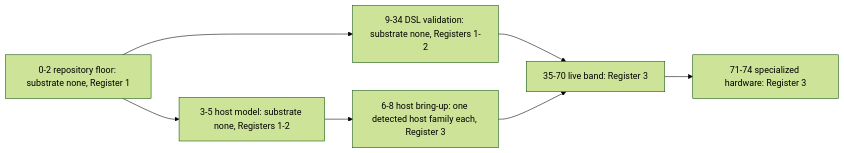
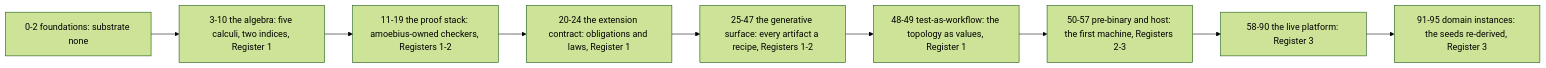
One commit to Tuee22/amoebius changed the diagram in DEVELOPMENT_PLAN/development_plan_phase_model.md. Above: the diagram before and after it, drawn with Mermaid (forest theme). The commit also changed other lines of this file and 345 other files, not shown here.

````diff
--- a/DEVELOPMENT_PLAN/development_plan_phase_model.md
+++ b/DEVELOPMENT_PLAN/development_plan_phase_model.md
@@ -117,10 +132,12 @@
 ```mermaid
 flowchart LR
 %% register: orientation
-  floor["0-2 repository floor: substrate none, Register 1"] --> model["3-5 host model: substrate none, Registers 1-2"]
-  model --> bring["6-8 host bring-up: one detected host family each, Register 3"]
-  floor --> dsl["9-34 DSL validation: substrate none, Registers 1-2"]
-  dsl --> live["35-70 live band: Register 3"]
-  live --> spec["71-74 specialized hardware: Register 3"]
-  bring --> live
+  floor["0-2 foundations: substrate none"] --> alg["3-10 the algebra: five calculi, two indices, Register 1"]
+  alg --> proof["11-19 the proof stack: amoebius-owned checkers, Registers 1-2"]
+  proof --> contract["20-24 the extension contract: obligations and laws, Register 1"]
+  contract --> gen["25-47 the generative surface: every artifact a recipe, Registers 1-2"]
+  gen --> tw["48-49 test-as-workflow: the topology as values, Register 1"]
+  tw --> host["50-57 pre-binary and host: the first machine, Registers 2-3"]
+  host --> live["58-90 the live platform: Register 3"]
+  live --> dom["91-95 domain instances: the seeds re-derived, Register 3"]
 ```
````
